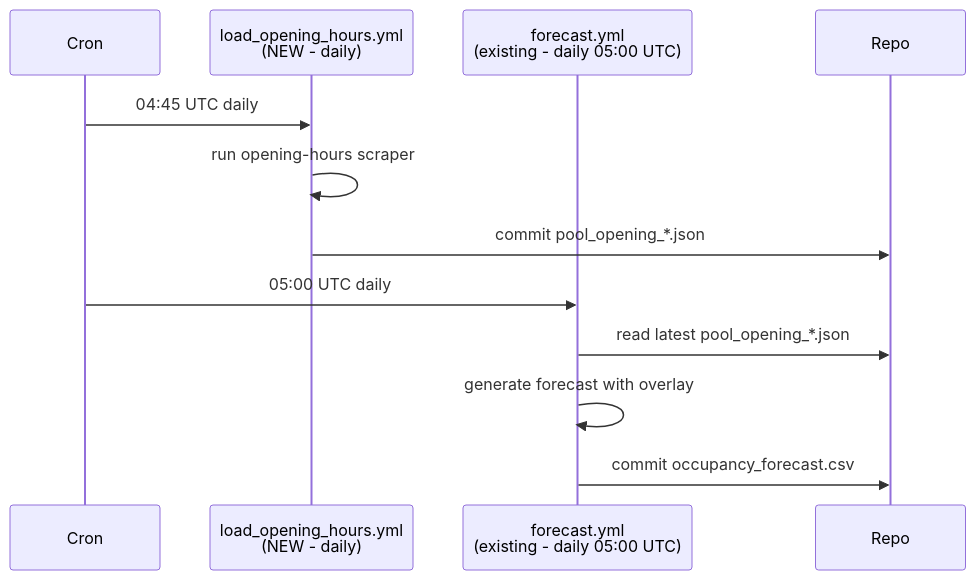
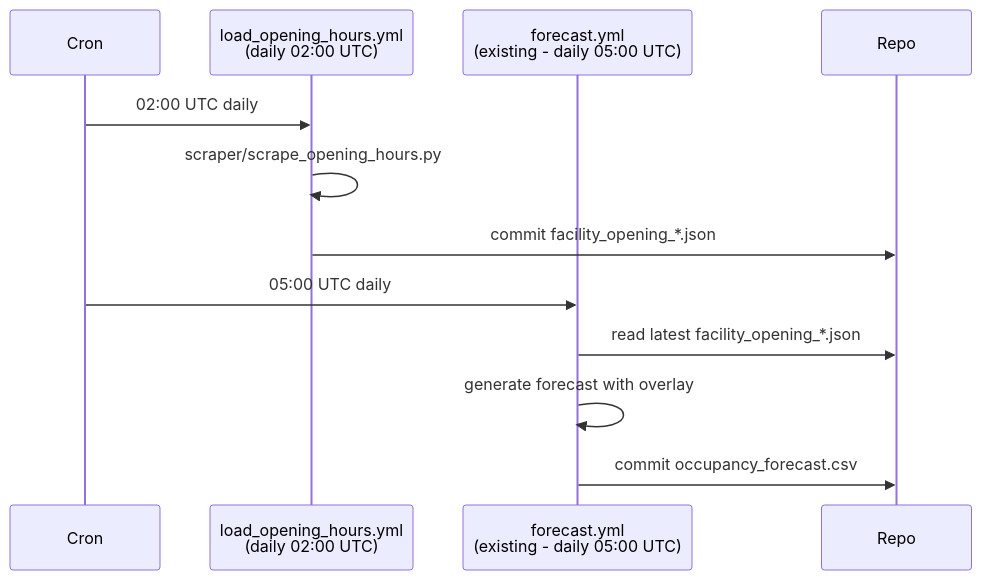
The second of 2 diagrams in Specs/changes/integrate-opening-hours/architecture.md (tillg/swm_pool_data), drawn with Mermaid before and after one commit. The commit also changed other lines of this file and 5 other files, not shown here.

First line of the commit message:
Add daily opening-hours scraper workflow

````diff
--- a/Specs/changes/integrate-opening-hours/architecture.md
+++ b/Specs/changes/integrate-opening-hours/architecture.md
@@ -151,15 +168,15 @@
 ```mermaid
 sequenceDiagram
     participant Cron
-    participant OHWorkflow as load_opening_hours.yml<br/>(NEW - daily)
+    participant OHWorkflow as load_opening_hours.yml<br/>(daily 02:00 UTC)
     participant FCWorkflow as forecast.yml<br/>(existing - daily 05:00 UTC)
     participant Repo
 
-    Cron->>OHWorkflow: 04:45 UTC daily
-    OHWorkflow->>OHWorkflow: run opening-hours scraper
-    OHWorkflow->>Repo: commit pool_opening_*.json
+    Cron->>OHWorkflow: 02:00 UTC daily
+    OHWorkflow->>OHWorkflow: scraper/scrape_opening_hours.py
+    OHWorkflow->>Repo: commit facility_opening_*.json
     Cron->>FCWorkflow: 05:00 UTC daily
-    FCWorkflow->>Repo: read latest pool_opening_*.json
+    FCWorkflow->>Repo: read latest facility_opening_*.json
     FCWorkflow->>FCWorkflow: generate forecast with overlay
     FCWorkflow->>Repo: commit occupancy_forecast.csv
 ```
````
